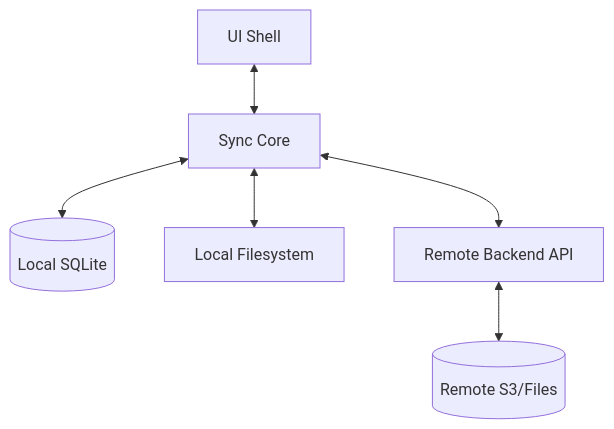
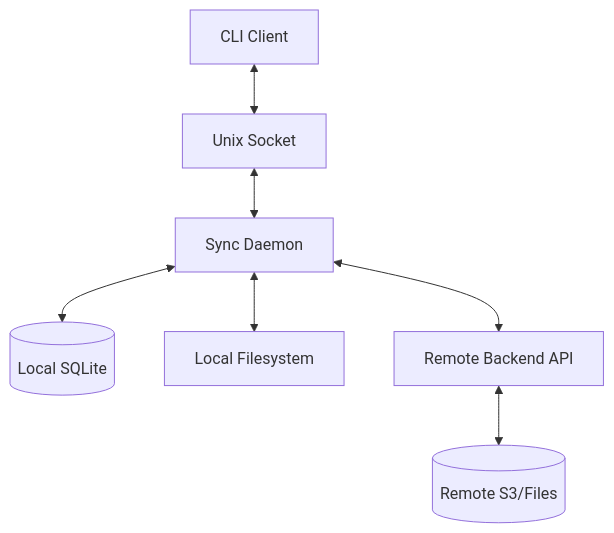
Before and after one commit to kubedoio/rustshare: the diagram in apps/desktop/docs/architecture/desktop-phase1-architecture.md, drawn with Mermaid. The commit also changed other lines of this file and 2 other files, not shown here.

First line of the commit message:
docs: add CLI usage guide and update architecture docs

````diff
--- a/apps/desktop/docs/architecture/desktop-phase1-architecture.md
+++ b/apps/desktop/docs/architecture/desktop-phase1-architecture.md
@@ -27,8 +28,9 @@
 ```mermaid
 graph TD
-    UI[UI Shell] <--> Core[Sync Core]
-    Core <--> DB[(Local SQLite)]
-    Core <--> FS[Local Filesystem]
-    Core <--> API[Remote Backend API]
+    CLI[CLI Client] <--> Socket[Unix Socket]
+    Socket <--> Daemon[Sync Daemon]
+    Daemon <--> DB[(Local SQLite)]
+    Daemon <--> FS[Local Filesystem]
+    Daemon <--> API[Remote Backend API]
     API <--> Storage[(Remote S3/Files)]
 ```
````
